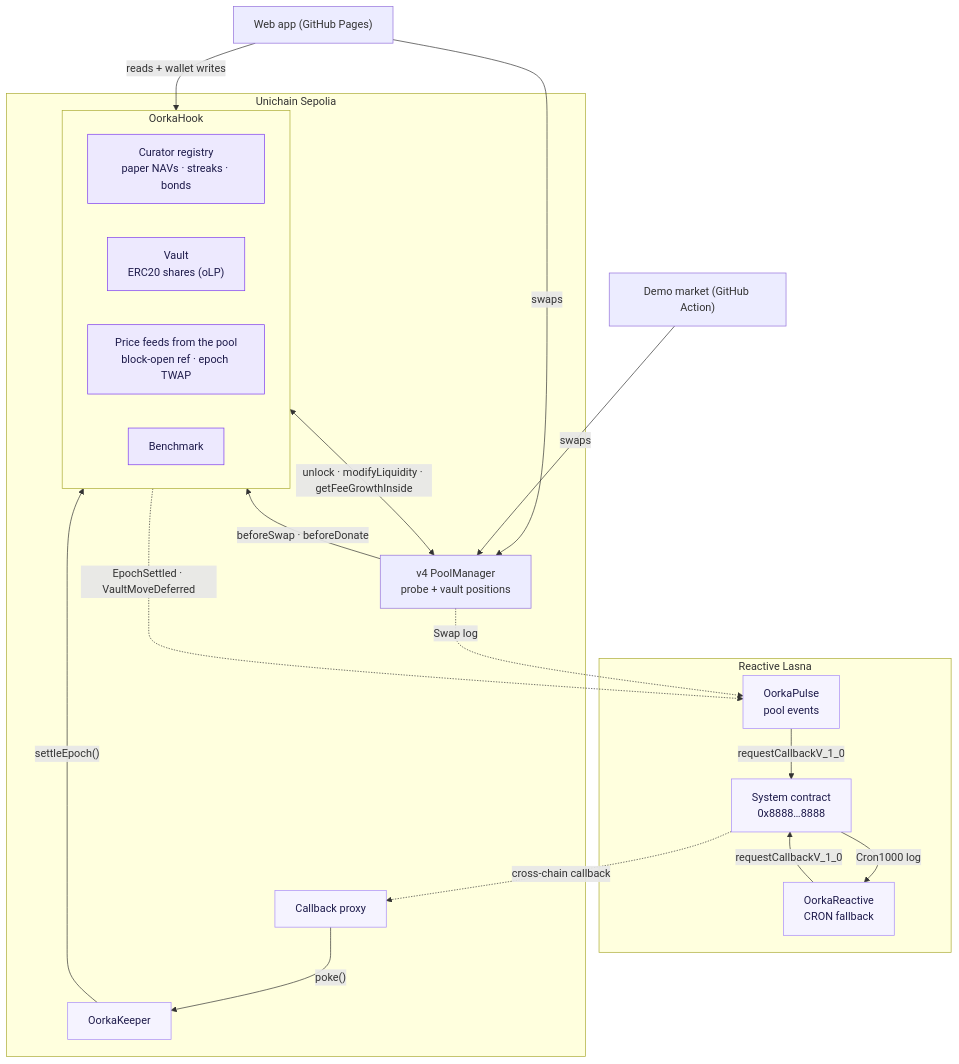
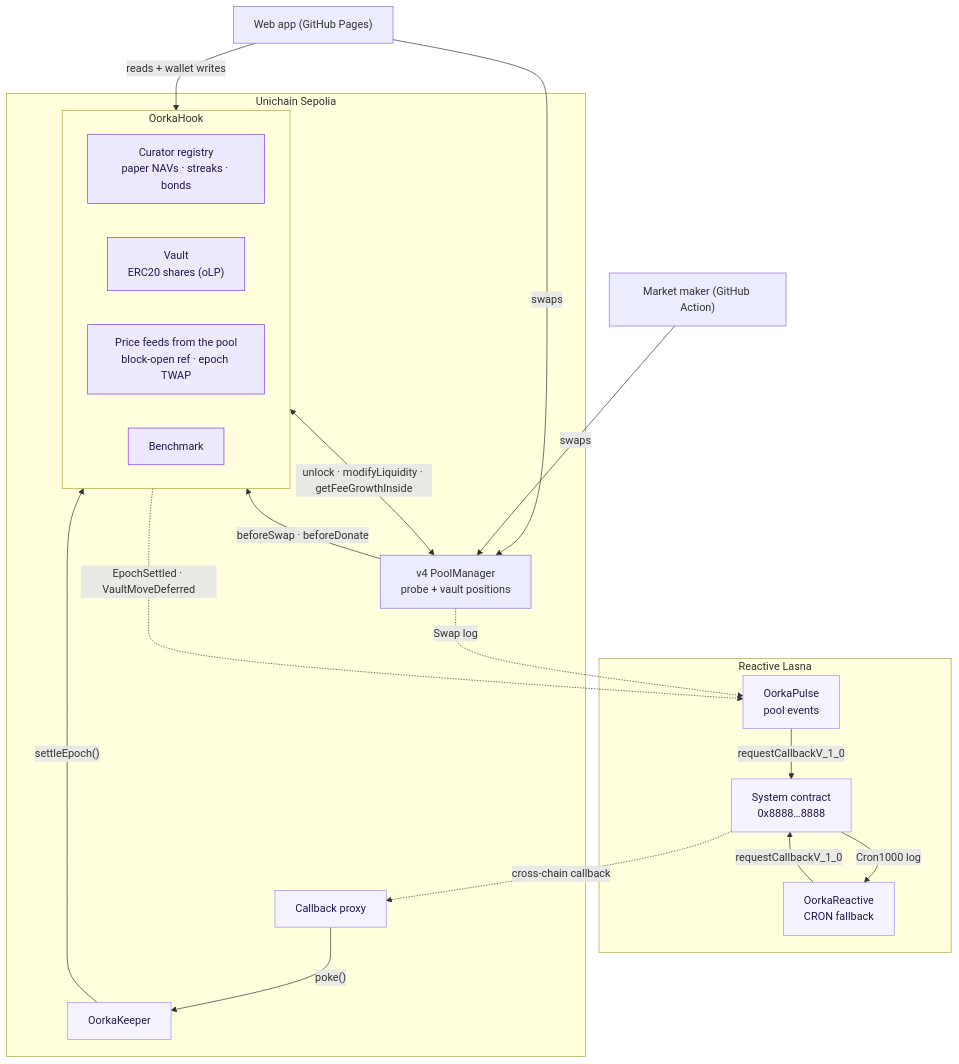
Before and after one commit to debojyoti10CC/oorka: the first of 2 diagrams in docs-site/protocol/architecture.mdx, drawn with Mermaid. The commit also changed other lines of this file and 20 other files, not shown here.

First line of the commit message:
Docs, README, whitepaper: real USDC/WETH deployment, new addresses, market maker

````diff
--- a/docs-site/protocol/architecture.mdx
+++ b/docs-site/protocol/architecture.mdx
@@ -8,40 +8,40 @@
 ```mermaid
 flowchart TB
     subgraph LASNA["Reactive Lasna"]
         SYS["System contract<br/>0x8888…8888"]
         RX["OorkaReactive<br/>CRON fallback"]
         PU["OorkaPulse<br/>pool events"]
     end
     subgraph UNI["Unichain Sepolia"]
         PROXY["Callback proxy"]
         KEEP["OorkaKeeper"]
         subgraph HOOK["OorkaHook"]
             REG["Curator registry<br/>paper NAVs · streaks · bonds"]
             VAULT["Vault<br/>ERC20 shares (oLP)"]
             PRICE["Price feeds from the pool<br/>block-open ref · epoch TWAP"]
             BENCH["Benchmark"]
         end
         PM["v4 PoolManager<br/>probe + vault positions"]
     end
     APP["Web app (GitHub Pages)"]
-    MKT["Demo market (GitHub Action)"]
+    MKT["Market maker (GitHub Action)"]
 
     SYS -- "Cron1000 log" --> RX
     PM -. "Swap log" .-> PU
     HOOK -. "EpochSettled · VaultMoveDeferred" .-> PU
     PU -- "requestCallbackV_1_0" --> SYS
     RX -- "requestCallbackV_1_0" --> SYS
     SYS -. "cross-chain callback" .-> PROXY
     PROXY -- "poke()" --> KEEP
     KEEP -- "settleEpoch()" --> HOOK
     HOOK <-- "unlock · modifyLiquidity · getFeeGrowthInside" --> PM
     PM -- "beforeSwap · beforeDonate" --> HOOK
     APP -- "reads + wallet writes" --> HOOK
     APP -- "swaps" --> PM
     MKT -- "swaps" --> PM
 
     classDef hook fill:#ede9fe,stroke:#7c3aed,color:#1e1b4b
     classDef rx fill:#f5f3ff,stroke:#a78bfa,color:#1e1b4b
     class REG,VAULT,PRICE,BENCH hook
     class SYS,RX,PU,PROXY,KEEP rx
 ```
````
